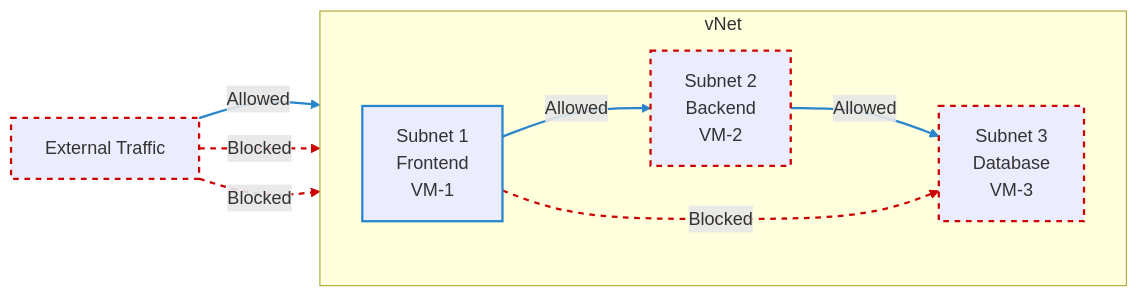
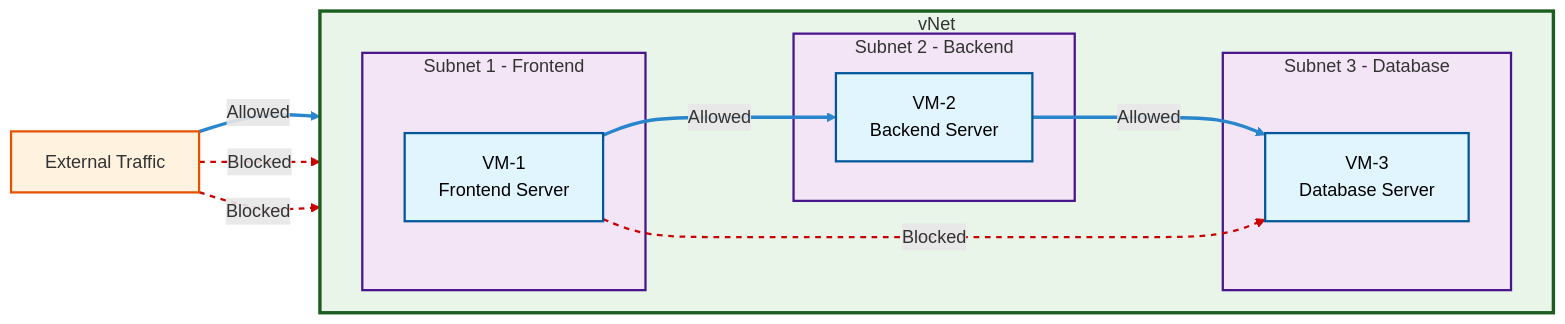
One commit to hrittikhere/diagrams changed the second of 2 diagrams in network-segmentation.md. Above: the diagram before and after it, drawn with Mermaid. The commit also changed other lines of this file, not shown here.

````diff
--- a/network-segmentation.md
+++ b/network-segmentation.md
@@ -46,39 +57,53 @@
 ```mermaid
 
-graph LR
+flowchart LR
     ext[External Traffic]
-    sub1[Subnet 1<br/>Frontend<br/>VM-1]
-    sub2[Subnet 2<br/>Backend<br/>VM-2]
-    sub3[Subnet 3<br/>Database<br/>VM-3]
-
-    %% Group subnets inside vNet
+    
+    %% Group subnets inside vNet with VMs as boxes
     subgraph vNet [vNet]
         direction LR
-        sub1
-        sub2
-        sub3
+        
+        subgraph sub1 [Subnet 1 - Frontend]
+            vm1[VM-1<br/>Frontend Server]
+        end
+        
+        subgraph sub2 [Subnet 2 - Backend]
+            vm2[VM-2<br/>Backend Server]
+        end
+        
+        subgraph sub3 [Subnet 3 - Database]
+            vm3[VM-3<br/>Database Server]
+        end
     end
 
     %% Allowed traffic flows (blue)
-    ext -- "Allowed" --> sub1
-    sub1 -- "Allowed" --> sub2
-    sub2 -- "Allowed" --> sub3
+    ext -- "Allowed" --> vm1
+    vm1 -- "Allowed" --> vm2
+    vm2 -- "Allowed" --> vm3
 
     %% Blocked traffic flows (red)
-    ext -. "Blocked" .-> sub2
-    ext -. "Blocked" .-> sub3
-    sub1 -. "Blocked" .-> sub3
+    ext -. "Blocked" .-> vm2
+    ext -. "Blocked" .-> vm3
+    vm1 -. "Blocked" .-> vm3
 
     %% Styling for clarity
-    classDef allowed stroke:#2986cc,stroke-width:2px;
-    classDef blocked stroke:#cc0000,stroke-dasharray: 5 5,stroke-width:2px;
-    class ext,sub1,sub2,sub3 allowed;
-    class ext,sub2,sub3 blocked;
-    linkStyle 0 stroke:#2986cc,stroke-width:2px;
-    linkStyle 1 stroke:#2986cc,stroke-width:2px;
-    linkStyle 2 stroke:#2986cc,stroke-width:2px;
+    classDef vmBox fill:#e1f5fe,stroke:#01579b,stroke-width:2px,color:#000;
+    classDef subnetBox fill:#f3e5f5,stroke:#4a148c,stroke-width:2px;
+    classDef vnetBox fill:#e8f5e8,stroke:#1b5e20,stroke-width:3px;
+    classDef external fill:#fff3e0,stroke:#e65100,stroke-width:2px;
+    
+    class vm1,vm2,vm3 vmBox;
+    class sub1,sub2,sub3 subnetBox;
+    class vNet vnetBox;
+    class ext external;
+    
+    %% Link styling
+    linkStyle 0 stroke:#2986cc,stroke-width:3px;
+    linkStyle 1 stroke:#2986cc,stroke-width:3px;
+    linkStyle 2 stroke:#2986cc,stroke-width:3px;
     linkStyle 3 stroke:#cc0000,stroke-width:2px,stroke-dasharray: 5 5;
     linkStyle 4 stroke:#cc0000,stroke-width:2px,stroke-dasharray: 5 5;
     linkStyle 5 stroke:#cc0000,stroke-width:2px,stroke-dasharray: 5 5;
 
+
 ```
````
